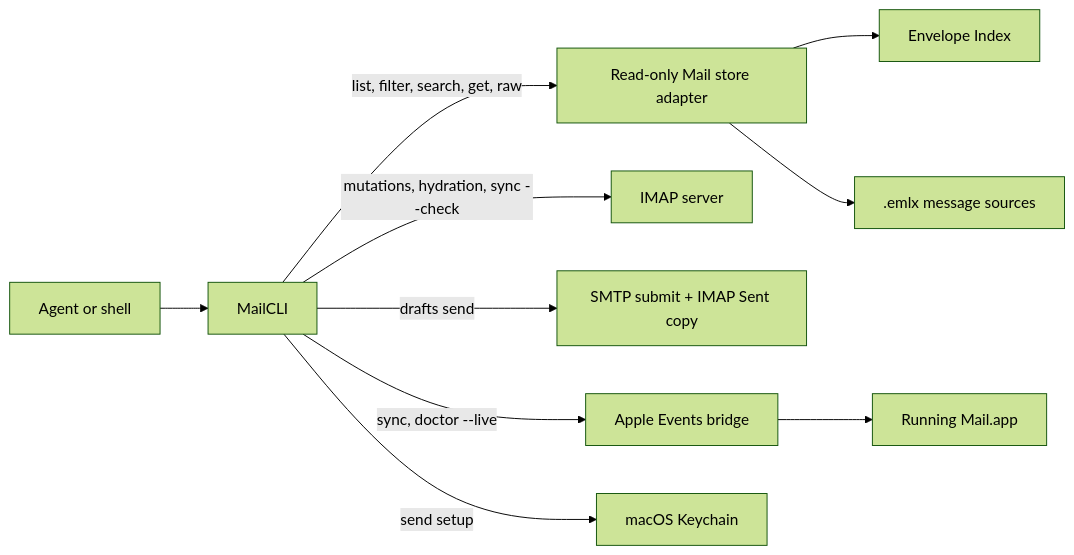
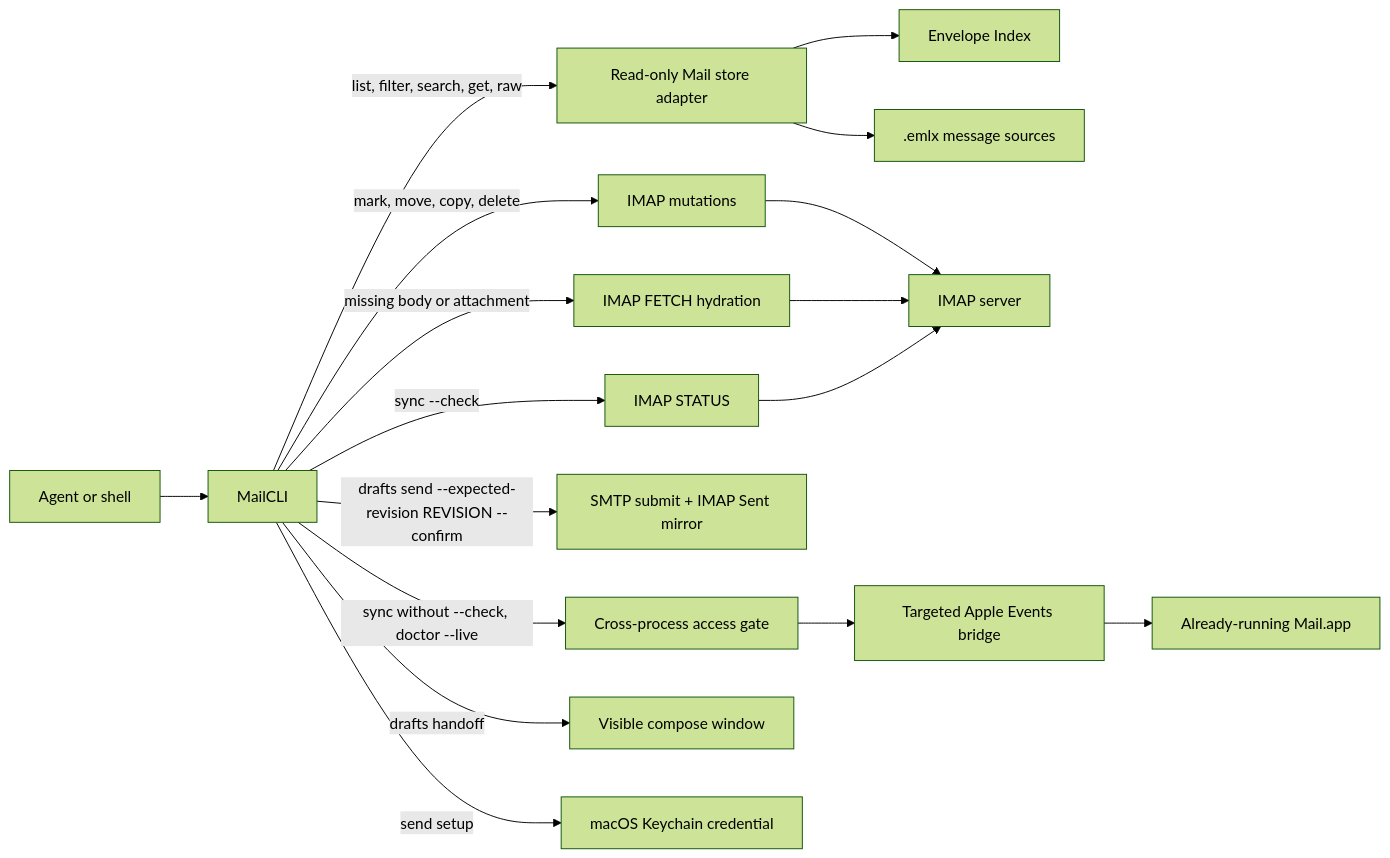
Before and after one commit to Christopher-Schulze/MailCLI: the diagram in README.md, drawn with Mermaid (forest theme). The commit also changed other lines of this file and 5 other files, not shown here.

````diff
--- a/README.md
+++ b/README.md
@@ -46,12 +47,19 @@
 ```mermaid
 flowchart LR
     Agent["Agent or shell"] --> CLI["MailCLI"]
     CLI -->|"list, filter, search, get, raw"| Store["Read-only Mail store adapter"]
     Store --> Index["Envelope Index"]
     Store --> EMLX[".emlx message sources"]
-    CLI -->|"mutations, hydration, sync --check"| IMAP["IMAP server"]
-    CLI -->|"drafts send"| Transport["SMTP submit + IMAP Sent copy"]
-    CLI -->|"sync, doctor --live"| Bridge["Apple Events bridge"]
-    Bridge --> Mail["Running Mail.app"]
-    CLI -->|"send setup"| Keychain["macOS Keychain"]
+    CLI -->|"mark, move, copy, delete"| IMAPMut["IMAP mutations"]
+    CLI -->|"missing body or attachment"| IMAPHydrate["IMAP FETCH hydration"]
+    CLI -->|"sync --check"| IMAPStatus["IMAP STATUS"]
+    IMAPMut --> Server["IMAP server"]
+    IMAPHydrate --> Server
+    IMAPStatus --> Server
+    CLI -->|"drafts send --expected-revision REVISION --confirm"| Transport["SMTP submit + IMAP Sent mirror"]
+    CLI -->|"sync without --check, doctor --live"| Gate["Cross-process access gate"]
+    Gate --> Bridge["Targeted Apple Events bridge"]
+    Bridge --> Mail["Already-running Mail.app"]
+    CLI -->|"drafts handoff"| Compose["Visible compose window"]
+    CLI -->|"send setup"| Keychain["macOS Keychain credential"]
 ```
````
